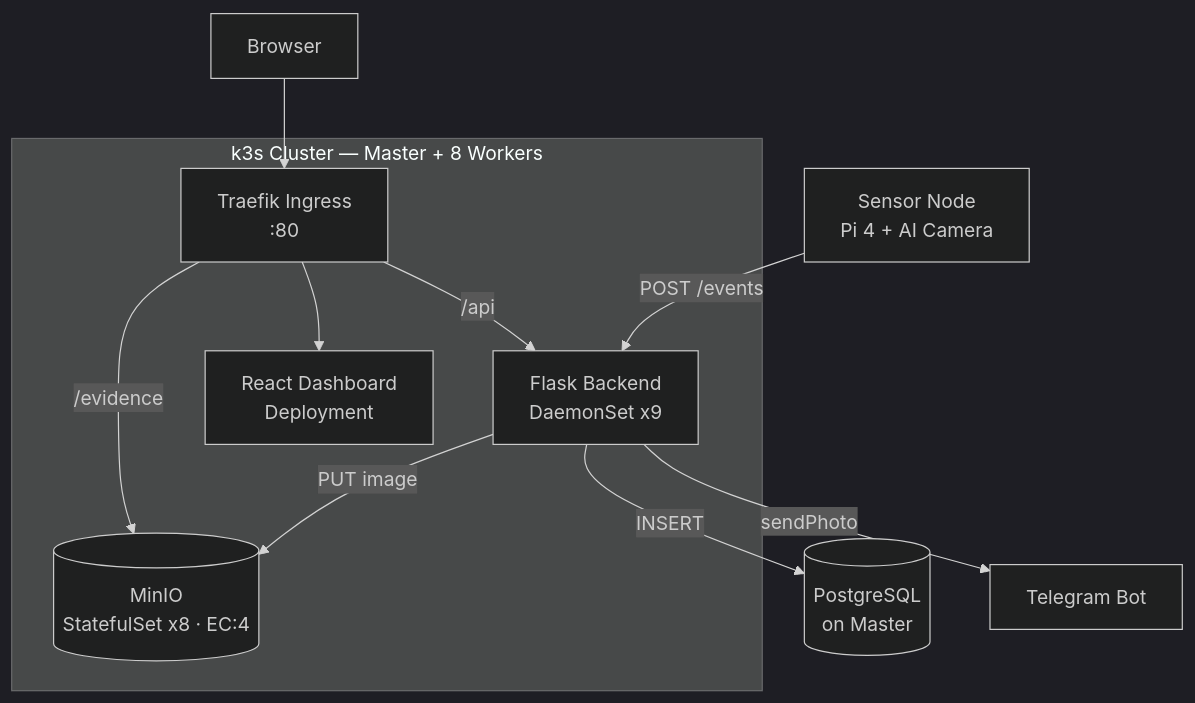
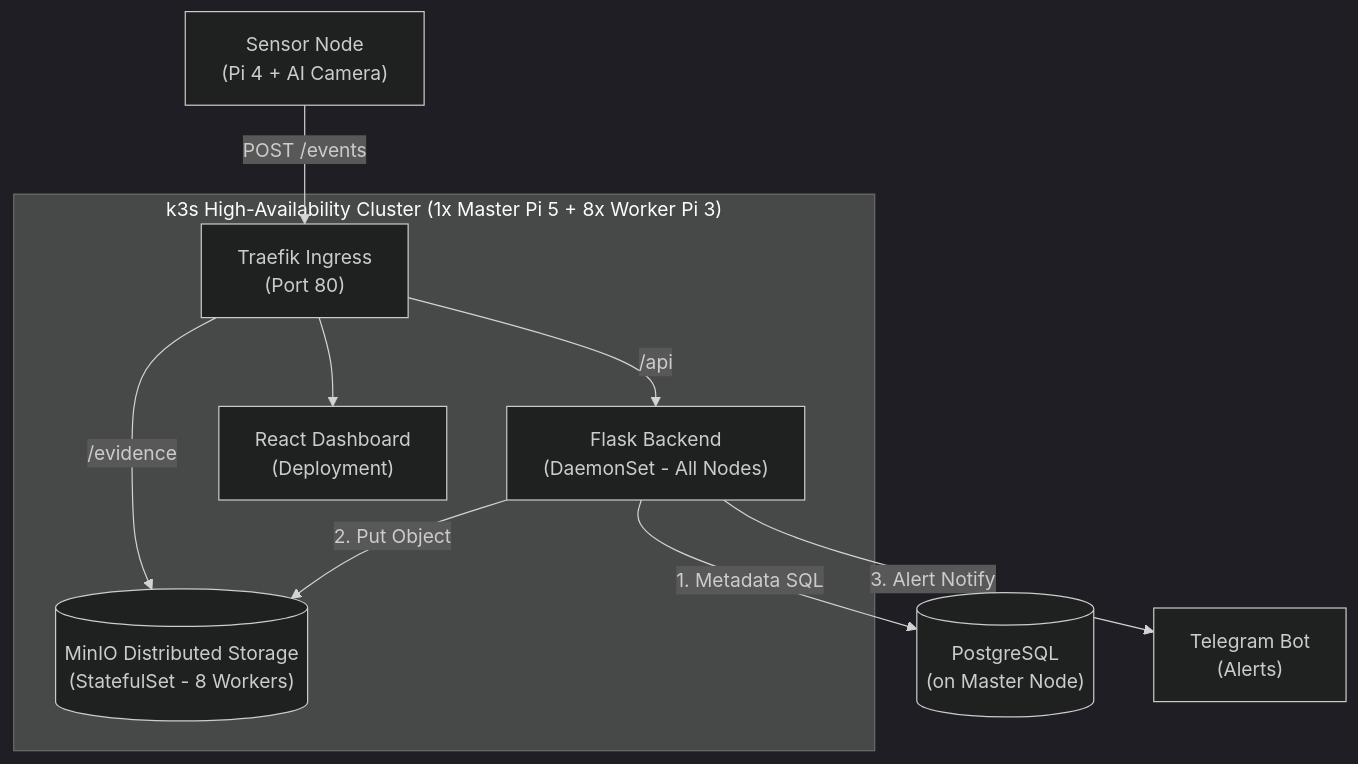
The first of 7 diagrams in README.md (azazmuzaffar/Newlauncher-5.0), drawn with Mermaid (dark theme) before and after one commit.

````diff
--- a/README.md
+++ b/README.md
@@ -11,22 +11,24 @@
 ```mermaid
 flowchart TD
-    sensor["Sensor Node<br/>Pi 4 + AI Camera"] -->|"POST /events"| backend
+    sensor["Sensor Node\n(Pi 4 + AI Camera)"] -->|"POST /events"| traefik
 
-    subgraph cluster["k3s Cluster — Master + 8 Workers"]
-        backend["Flask Backend<br/>DaemonSet x9"]
-        minio[("MinIO<br/>StatefulSet x8 · EC:4")]
-        frontend["React Dashboard<br/>Deployment"]
-        traefik["Traefik Ingress<br/>:80"]
+    subgraph cluster["k3s High-Availability Cluster (1x Master Pi 5 + 8x Worker Pi 3)"]
+        traefik["Traefik Ingress\n(Port 80)"]
+        backend["Flask Backend\n(DaemonSet - All Nodes)"]
+        minio[("MinIO Distributed Storage\n(StatefulSet - 8 Workers)")]
+        frontend["React Dashboard\n(Deployment)"]
     end
 
-    postgres[("PostgreSQL<br/>on Master")]
+    postgres[("PostgreSQL\n(on Master Node)")]
+    telegram["Telegram Bot\n(Alerts)"]
 
-    backend -->|"INSERT"| postgres
-    backend -->|"PUT image"| minio
-    backend -->|"sendPhoto"| telegram["Telegram Bot"]
-
-    browser["Browser"] --> traefik
-    traefik --> frontend
+    %% Traffic Routing
     traefik -->|"/api"| backend
     traefik -->|"/evidence"| minio
+    traefik --> frontend
+
+    %% Backend operations
+    backend -->|"1. Metadata SQL"| postgres
+    backend -->|"2. Put Object"| minio
+    backend -->|"3. Alert Notify"| telegram
 ```
````
